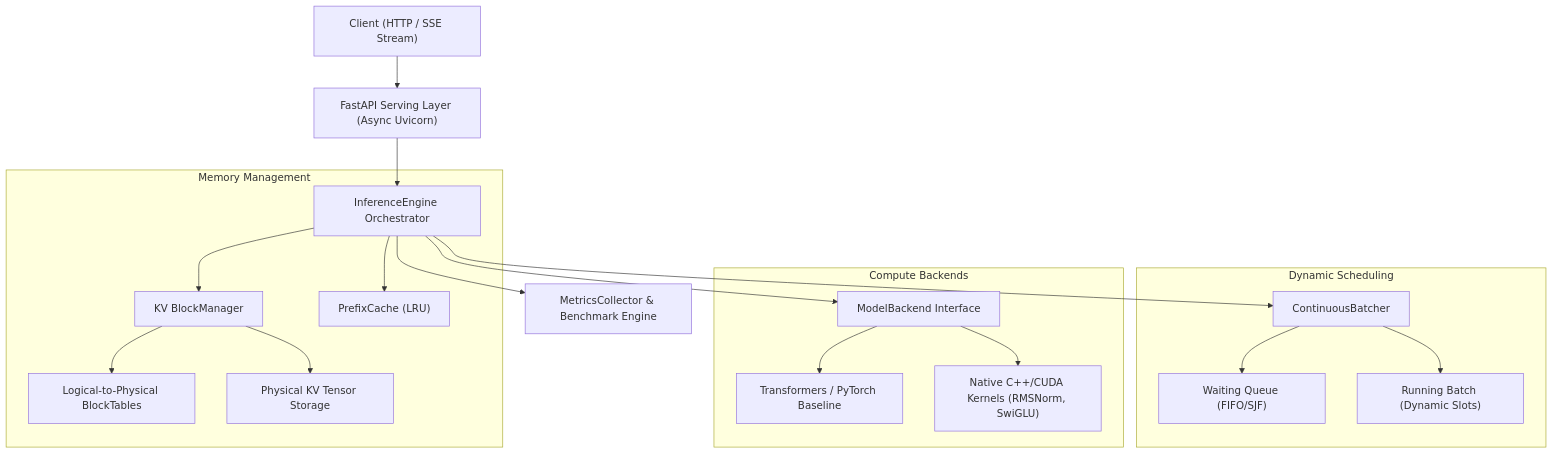
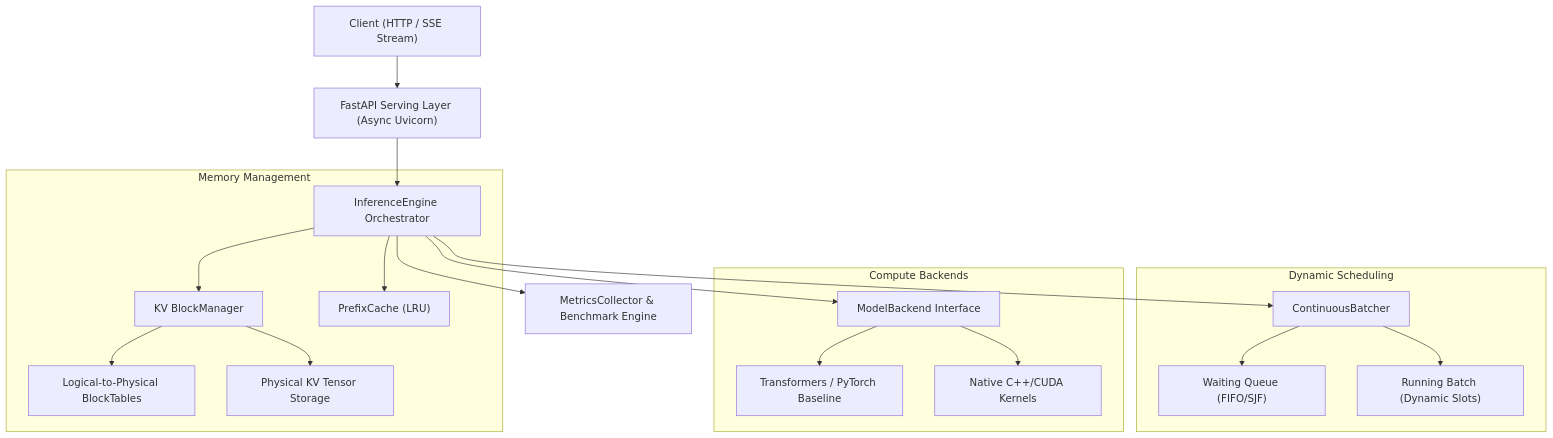
Before and after one commit to Sandeep-kumar-IITR/LLM-Inference: the diagram in docs/architecture.md, drawn with Mermaid. The commit also changed 4 other files, not shown here.

````diff
--- a/docs/architecture.md
+++ b/docs/architecture.md
@@ -9,26 +9,26 @@
 ```mermaid
-graph TD
+flowchart TD
     Client["Client (HTTP / SSE Stream)"] --> API["FastAPI Serving Layer (Async Uvicorn)"]
     API --> Engine["InferenceEngine Orchestrator"]
 
-    subgraph Memory Management
+    subgraph Memory_Mgmt ["Memory Management"]
         Engine --> BM["KV BlockManager"]
         Engine --> PC["PrefixCache (LRU)"]
         BM --> BT["Logical-to-Physical BlockTables"]
         BM --> TensorPool["Physical KV Tensor Storage"]
     end
 
-    subgraph Dynamic Scheduling
+    subgraph Dynamic_Sched ["Dynamic Scheduling"]
         Engine --> CB["ContinuousBatcher"]
         CB --> WQ["Waiting Queue (FIFO/SJF)"]
         CB --> RB["Running Batch (Dynamic Slots)"]
     end
 
-    subgraph Compute Backends
+    subgraph Compute_Backends ["Compute Backends"]
         Engine --> MB["ModelBackend Interface"]
         MB --> HF["Transformers / PyTorch Baseline"]
-        MB --> Native["Native C++/CUDA Kernels (RMSNorm, SwiGLU)"]
+        MB --> Native["Native C++/CUDA Kernels"]
     end
 
     Engine --> Metrics["MetricsCollector & Benchmark Engine"]
 ```
````
